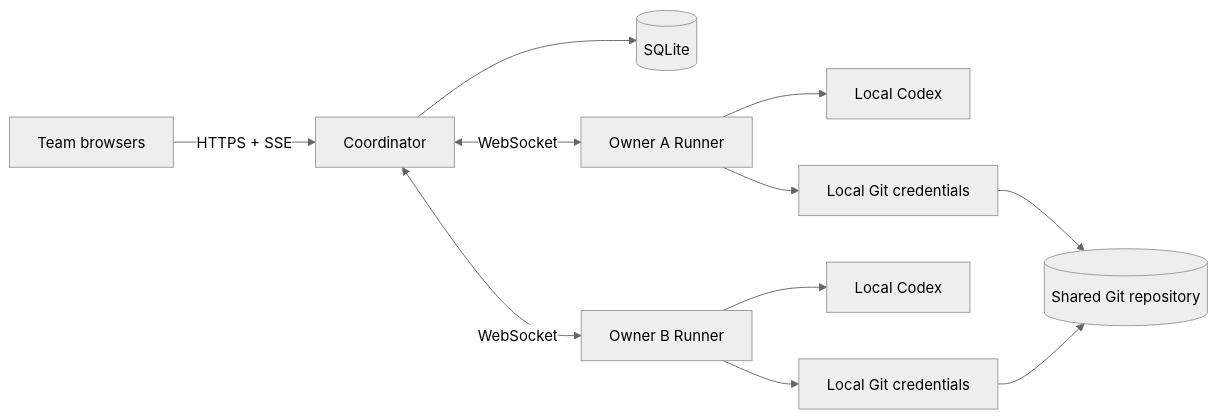
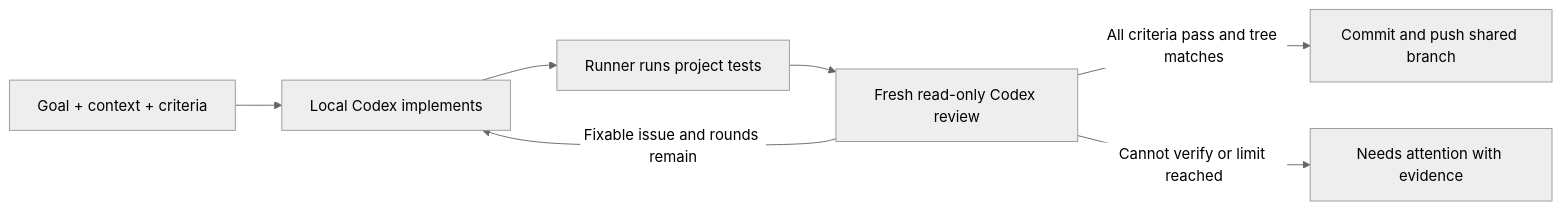
One commit to boxzeemon-beep/team-agent changed the diagram in README.md. Above: the diagram before and after it, drawn with Mermaid (neutral theme). The commit also changed other lines of this file and 21 other files, not shown here.

````diff
--- a/README.md
+++ b/README.md
@@ -294,13 +104,9 @@
 ```mermaid
 flowchart LR
-    B[Team browsers] -->|HTTPS + SSE| C[Coordinator]
-    C --> DB[(SQLite)]
-    C <-->|WebSocket| R1[Owner A Runner]
-    C <-->|WebSocket| R2[Owner B Runner]
-    R1 --> X1[Local Codex]
-    R1 --> G1[Local Git credentials]
-    R2 --> X2[Local Codex]
-    R2 --> G2[Local Git credentials]
-    G1 --> R[(Shared Git repository)]
-    G2 --> R
+    G[Goal + context + criteria] --> I[Local Codex implements]
+    I --> T[Runner runs project tests]
+    T --> R[Fresh read-only Codex review]
+    R -->|All criteria pass and tree matches| P[Commit and push shared branch]
+    R -->|Fixable issue and rounds remain| I
+    R -->|Cannot verify or limit reached| A[Needs attention with evidence]
 ```
````
